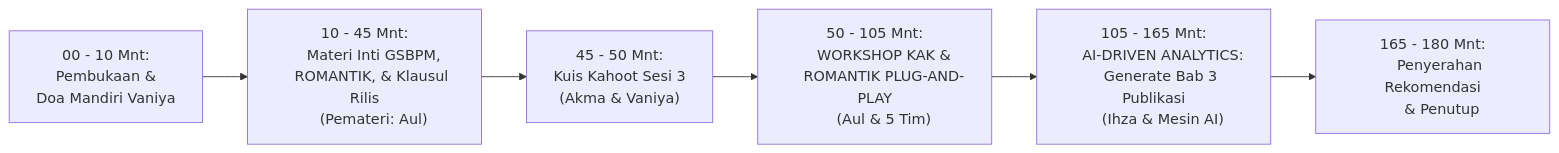
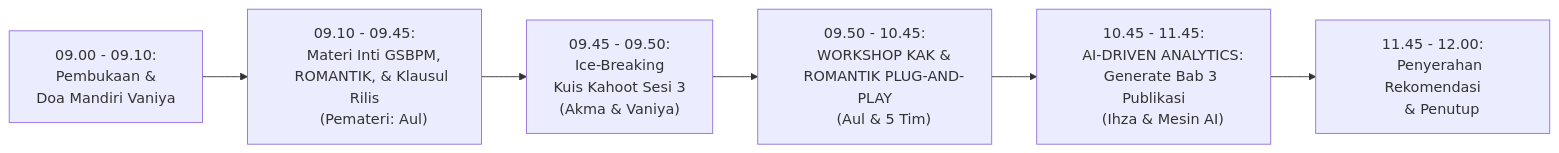
The diagram in kegiatan/pembinaan-statistik-sektoral/2026/pertemuan/03-pertemuan-3-proses-bisnis-statistik-dan-analisis-ai.md (ipds6104/knowledge-base), drawn with Mermaid before and after one commit. The commit also changed other lines of this file and 7 other files, not shown here.

````diff
--- a/kegiatan/pembinaan-statistik-sektoral/2026/pertemuan/03-pertemuan-3-proses-bisnis-statistik-dan-analisis-ai.md
+++ b/kegiatan/pembinaan-statistik-sektoral/2026/pertemuan/03-pertemuan-3-proses-bisnis-statistik-dan-analisis-ai.md
@@ -37,23 +39,24 @@
 ```mermaid
 flowchart LR
-    A["00 - 10 Mnt:
+    A["09.00 - 09.10:
     Pembukaan &
-    Doa Mandiri Vaniya"] --> B["10 - 45 Mnt:
+    Doa Mandiri Vaniya"] --> B["09.10 - 09.45:
     Materi Inti GSBPM,
     ROMANTIK, & Klausul Rilis
     (Pemateri: Aul)"]
-    B --> C["45 - 50 Mnt:
+    B --> C["09.45 - 09.50:
+    Ice-Breaking
     Kuis Kahoot Sesi 3
     (Akma & Vaniya)"]
-    C --> D["50 - 105 Mnt:
+    C --> D["09.50 - 10.45:
     WORKSHOP KAK &
     ROMANTIK PLUG-AND-PLAY
     (Aul & 5 Tim)"]
-    D --> E["105 - 165 Mnt:
+    D --> E["10.45 - 11.45:
     AI-DRIVEN ANALYTICS:
     Generate Bab 3 Publikasi
     (Ihza & Mesin AI)"]
-    E --> F["165 - 180 Mnt:
+    E --> F["11.45 - 12.00:
     Penyerahan Rekomendasi
     & Penutup"]
 ```
````
